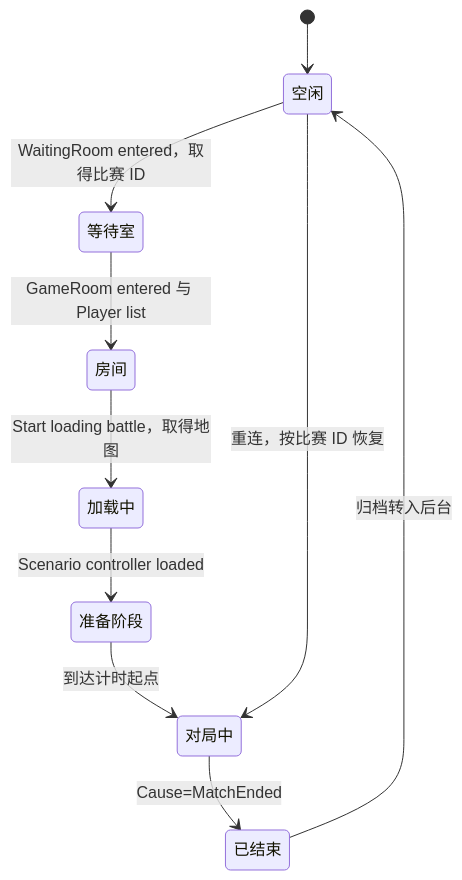
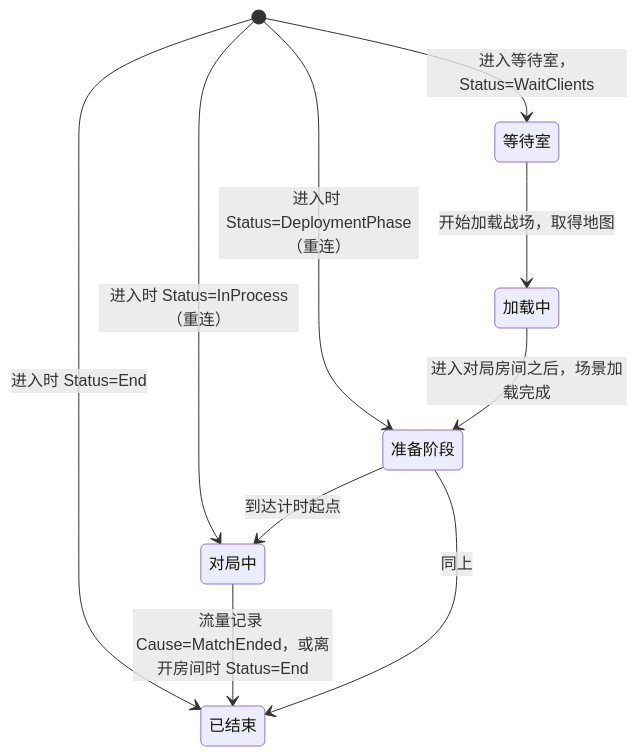
One commit to JohnJinHM/BAX changed the fourth of 4 diagrams in docs/architecture/overview.md. Above: the diagram before and after it, drawn with Mermaid. The commit also changed other lines of this file and 14 other files, not shown here.

````diff
--- a/docs/architecture/overview.md
+++ b/docs/architecture/overview.md
@@ -138,19 +151,17 @@
 ```mermaid
 stateDiagram-v2
-    state "空闲" as Idle
     state "等待室" as WaitingRoom
-    state "房间" as GameRoom
     state "加载中" as Loading
-    state "准备阶段" as Deploying
+    state "准备阶段" as Deployment
     state "对局中" as InBattle
     state "已结束" as Ended
-    [*] --> Idle
-    Idle --> WaitingRoom: WaitingRoom entered，取得比赛 ID
-    WaitingRoom --> GameRoom: GameRoom entered 与 Player list
-    GameRoom --> Loading: Start loading battle，取得地图
-    Loading --> Deploying: Scenario controller loaded
-    Deploying --> InBattle: 到达计时起点
-    InBattle --> Ended: Cause=MatchEnded
-    Ended --> Idle: 归档转入后台
-    Idle --> InBattle: 重连，按比赛 ID 恢复
+    [*] --> WaitingRoom: 进入等待室，Status=WaitClients
+    [*] --> Deployment: 进入时 Status=DeploymentPhase（重连）
+    [*] --> InBattle: 进入时 Status=InProcess（重连）
+    [*] --> Ended: 进入时 Status=End
+    WaitingRoom --> Loading: 开始加载战场，取得地图
+    Loading --> Deployment: 进入对局房间之后，场景加载完成
+    Deployment --> InBattle: 到达计时起点
+    InBattle --> Ended: 流量记录 Cause=MatchEnded，或离开房间时 Status=End
+    Deployment --> Ended: 同上
 ```
````
